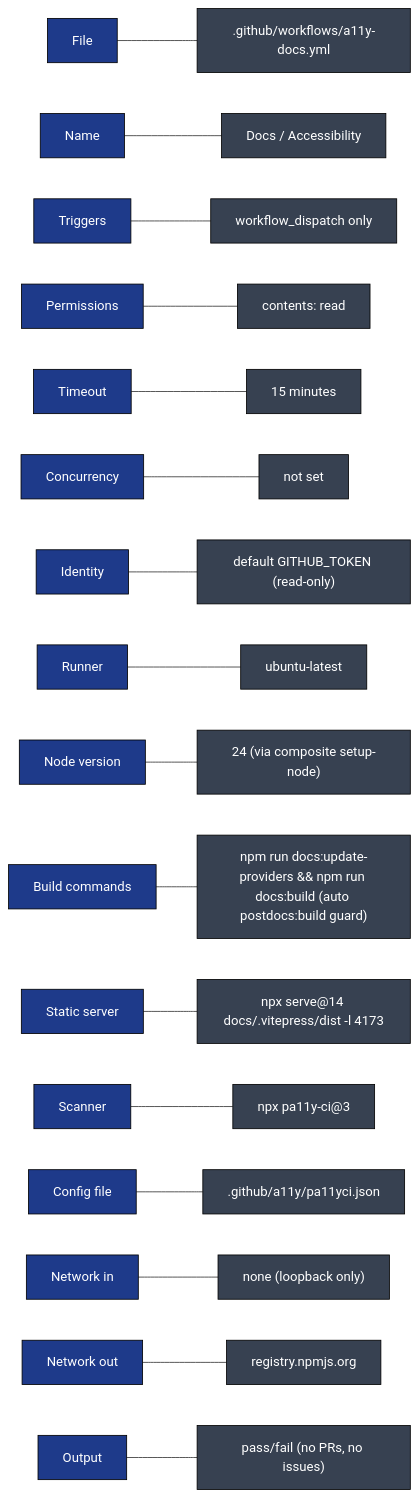
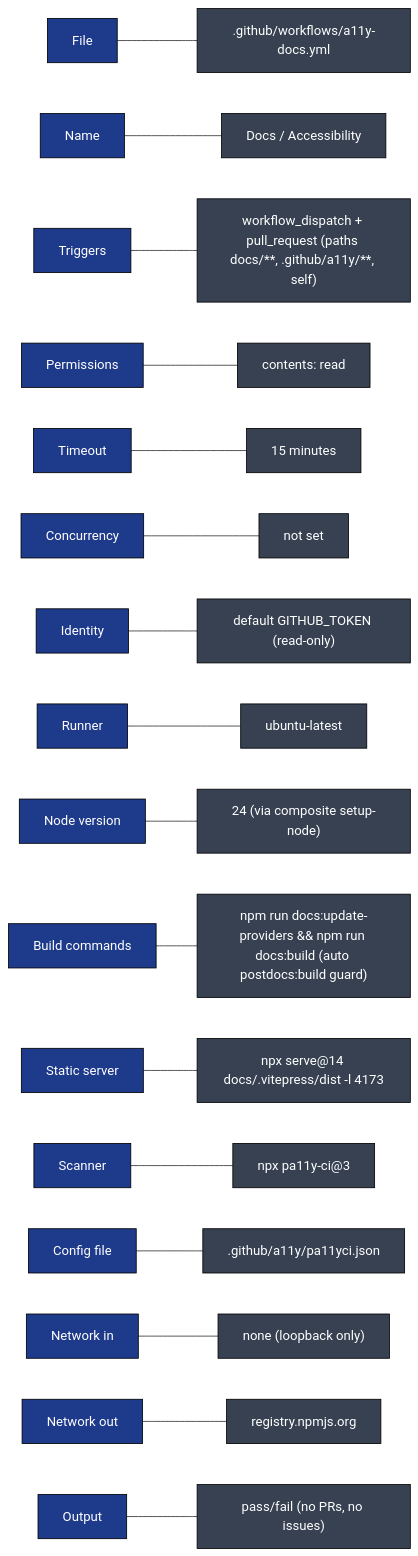
The tenth of 10 diagrams in .github/docs/A11Y_DOCS_DEEP_DIVE.md (llm-exe/llm-exe), drawn with Mermaid before and after one commit. The commit also changed other lines of this file and 3 other files, not shown here.

Commit message:
docs: sync a11y-docs deep dive after pull_request trigger change

````diff
--- a/.github/docs/A11Y_DOCS_DEEP_DIVE.md
+++ b/.github/docs/A11Y_DOCS_DEEP_DIVE.md
@@ -315,22 +320,22 @@
 ```mermaid
 flowchart LR
     classDef k fill:#1e3a8a,color:#fff,stroke:#000
     classDef v fill:#374151,color:#fff,stroke:#000
 
     K1["File"]:::k --- V1[".github/workflows/a11y-docs.yml"]:::v
     K2["Name"]:::k --- V2["Docs / Accessibility"]:::v
-    K3["Triggers"]:::k --- V3["workflow_dispatch only"]:::v
+    K3["Triggers"]:::k --- V3["workflow_dispatch + pull_request (paths docs/**, .github/a11y/**, self)"]:::v
     K4["Permissions"]:::k --- V4["contents: read"]:::v
     K5["Timeout"]:::k --- V5["15 minutes"]:::v
     K6["Concurrency"]:::k --- V6["not set"]:::v
     K7["Identity"]:::k --- V7["default GITHUB_TOKEN (read-only)"]:::v
     K8["Runner"]:::k --- V8["ubuntu-latest"]:::v
     K9["Node version"]:::k --- V9["24 (via composite setup-node)"]:::v
     K10["Build commands"]:::k --- V10["npm run docs:update-providers && npm run docs:build (auto postdocs:build guard)"]:::v
     K11["Static server"]:::k --- V11["npx serve@14 docs/.vitepress/dist -l 4173"]:::v
     K12["Scanner"]:::k --- V12["npx pa11y-ci@3"]:::v
     K13["Config file"]:::k --- V13[".github/a11y/pa11yci.json"]:::v
     K14["Network in"]:::k --- V14["none (loopback only)"]:::v
     K15["Network out"]:::k --- V15["registry.npmjs.org"]:::v
     K16["Output"]:::k --- V16["pass/fail (no PRs, no issues)"]:::v
 ```
````
